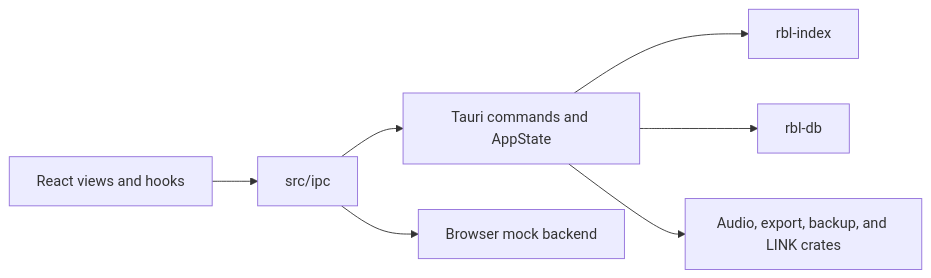
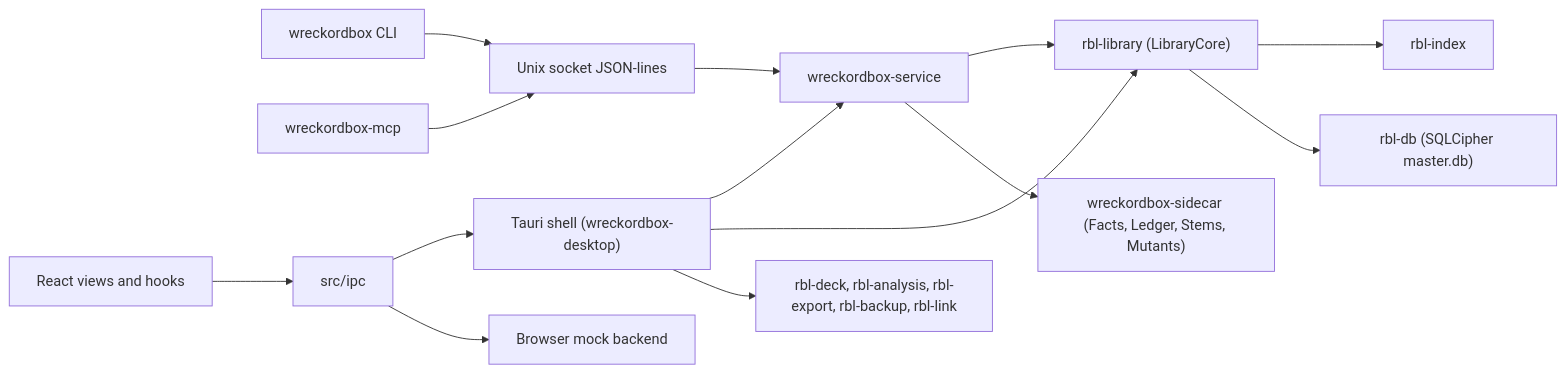
Before and after one commit to The-Greg-O/wreckordbox: the first of 3 diagrams in docs/development/architecture.md, drawn with Mermaid. The commit also changed other lines of this file and 30 other files, not shown here.

First line of the commit message:
docs: update contributor, developer, and index guides for wreckordbox

````diff
--- a/docs/development/architecture.md
+++ b/docs/development/architecture.md
@@ -9,9 +14,16 @@
 ```mermaid
 flowchart LR
-    UI[React views and hooks] --> IPC[src/ipc]
-    IPC --> Shell[Tauri commands and AppState]
-    Shell --> Index[rbl-index]
-    Shell --> DB[rbl-db]
-    Shell --> Services[Audio, export, backup, and LINK crates]
-    IPC --> Mock[Browser mock backend]
+    CLI["wreckordbox CLI"] --> Socket["Unix socket JSON-lines"]
+    MCP["wreckordbox-mcp"] --> Socket
+    Socket --> Service["wreckordbox-service"]
+    UI["React views and hooks"] --> IPC["src/ipc"]
+    IPC --> Shell["Tauri shell (wreckordbox-desktop)"]
+    IPC --> Mock["Browser mock backend"]
+    Shell --> Service
+    Shell --> Core["rbl-library (LibraryCore)"]
+    Service --> Core
+    Service --> Sidecar["wreckordbox-sidecar (Facts, Ledger, Stems, Mutants)"]
+    Core --> Index["rbl-index"]
+    Core --> DB["rbl-db (SQLCipher master.db)"]
+    Shell --> Services["rbl-deck, rbl-analysis, rbl-export, rbl-backup, rbl-link"]
 ```
````
